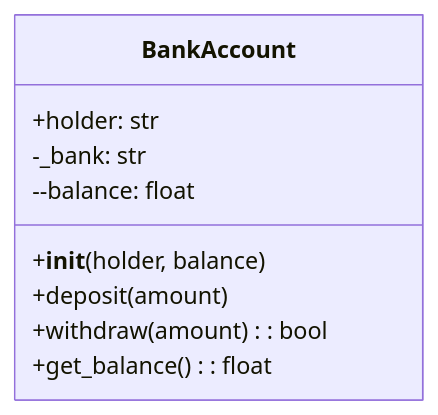
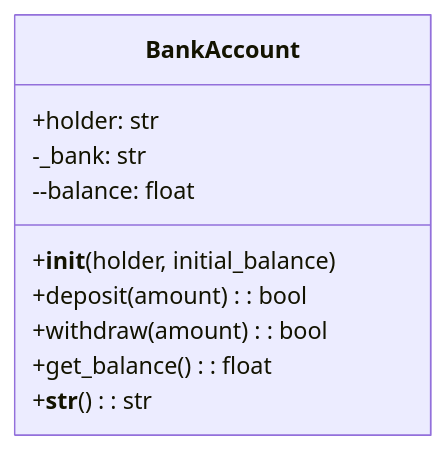
The ninth of 22 diagrams in README.md (Lagmouchyoussef/Python-Practical-Works), drawn with Mermaid before and after one commit. The commit also changed other lines of this file, not shown here.

````diff
--- a/README.md
+++ b/README.md
@@ -259,12 +355,13 @@
 ```mermaid
 classDiagram
     class BankAccount {
         +holder: str
         -_bank: str
         --balance: float
-        +__init__(holder, balance)
-        +deposit(amount)
+        +__init__(holder, initial_balance)
+        +deposit(amount): bool
         +withdraw(amount): bool
         +get_balance(): float
+        +__str__(): str
     }
 ```
````
